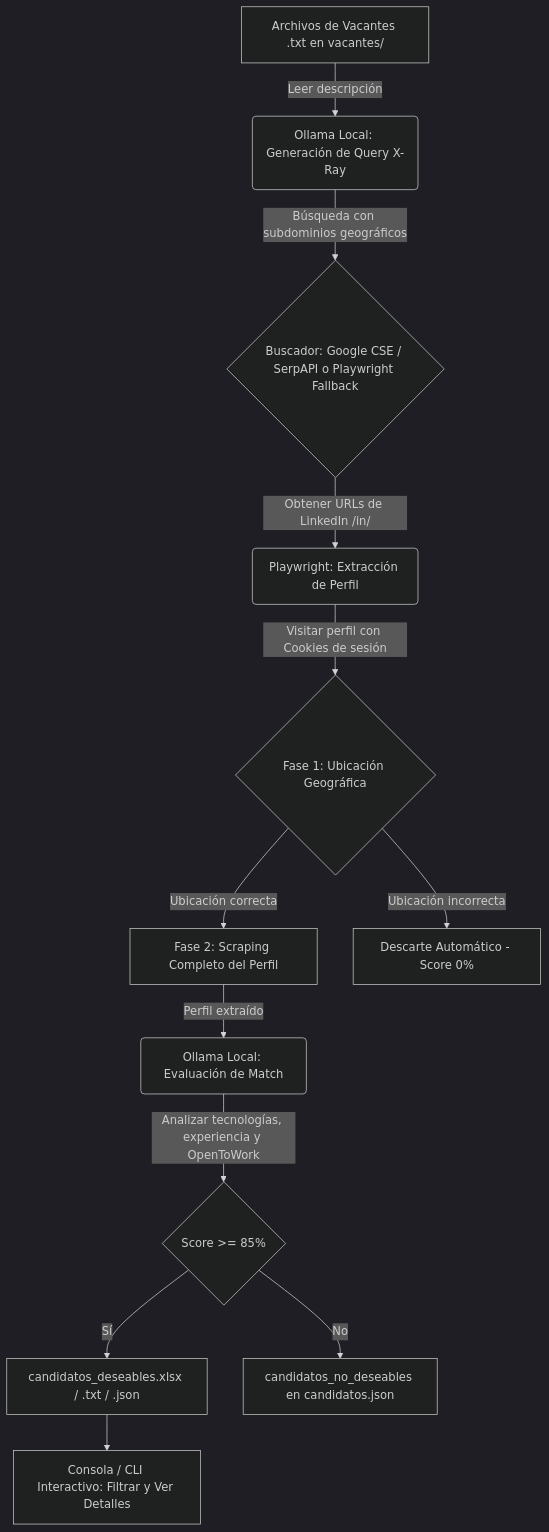
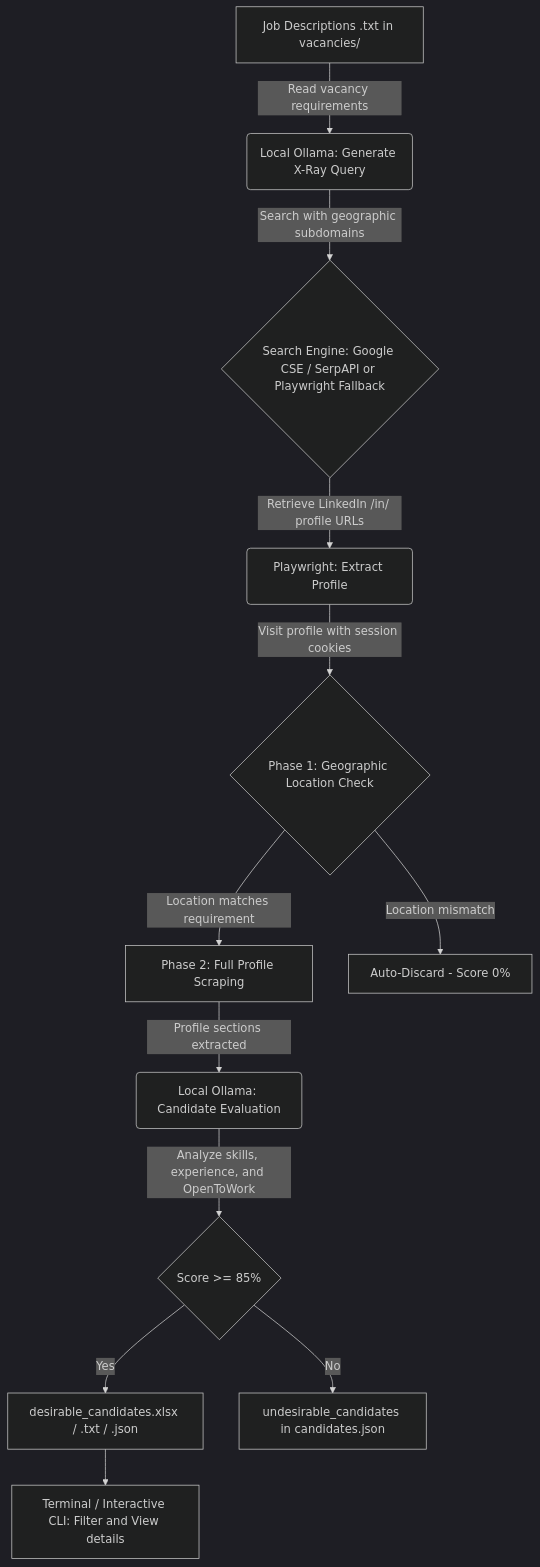
Before and after one commit to ChristianRM/referlooker: the diagram in README.md, drawn with Mermaid (dark theme). The commit also changed other lines of this file and 11 other files, not shown here.

````diff
--- a/README.md
+++ b/README.md
@@ -13,14 +13,14 @@
 ```mermaid
 graph TD
-    A[Archivos de Vacantes .txt en vacantes/] -->|Leer descripción| B(Ollama Local: Generación de Query X-Ray)
-    B -->|Búsqueda con subdominios geográficos| C{Buscador: Google CSE / SerpAPI o Playwright Fallback}
-    C -->|Obtener URLs de LinkedIn /in/| D(Playwright: Extracción de Perfil)
-    D -->|Visitar perfil con Cookies de sesión| E{Fase 1: Ubicación Geográfica}
-    E -->|Ubicación correcta| F[Fase 2: Scraping Completo del Perfil]
-    E -->|Ubicación incorrecta| G[Descarte Automático - Score 0%]
-    F -->|Perfil extraído| H(Ollama Local: Evaluación de Match)
-    H -->|Analizar tecnologías, experiencia y OpenToWork| I{Score >= 85%}
-    I -->|Sí| J[candidatos_deseables.xlsx / .txt / .json]
-    I -->|No| K[candidatos_no_deseables en candidatos.json]
-    J --> L[Consola / CLI Interactivo: Filtrar y Ver Detalles]
+    A[Job Descriptions .txt in vacancies/] -->|Read vacancy requirements| B(Local Ollama: Generate X-Ray Query)
+    B -->|Search with geographic subdomains| C{Search Engine: Google CSE / SerpAPI or Playwright Fallback}
+    C -->|Retrieve LinkedIn /in/ profile URLs| D(Playwright: Extract Profile)
+    D -->|Visit profile with session cookies| E{Phase 1: Geographic Location Check}
+    E -->|Location matches requirement| F[Phase 2: Full Profile Scraping]
+    E -->|Location mismatch| G[Auto-Discard - Score 0%]
+    F -->|Profile sections extracted| H(Local Ollama: Candidate Evaluation)
+    H -->|Analyze skills, experience, and OpenToWork| I{Score >= 85%}
+    I -->|Yes| J[desirable_candidates.xlsx / .txt / .json]
+    I -->|No| K[undesirable_candidates in candidates.json]
+    J --> L[Terminal / Interactive CLI: Filter and View details]
 ```
````
